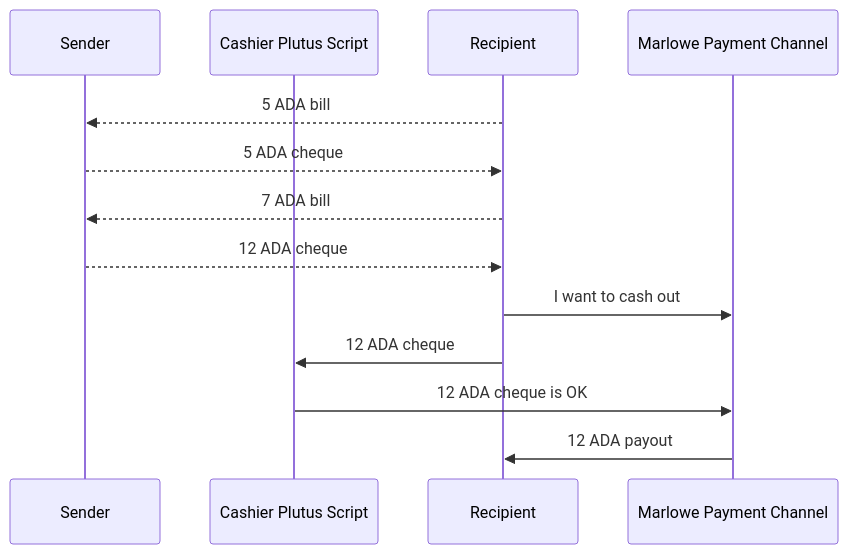
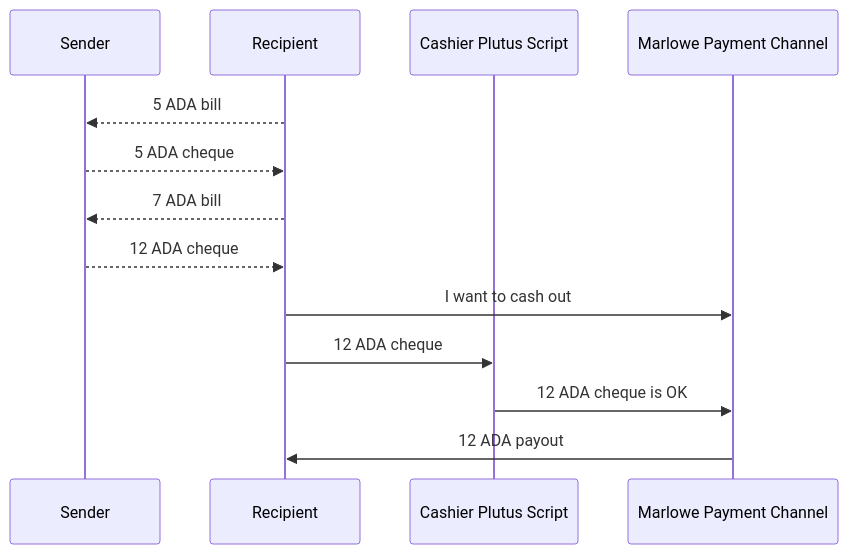
The first of 3 diagrams in MIP-0002/README.md (input-output-hk/MIPs), drawn with Mermaid before and after one commit. The commit also changed other lines of this file, not shown here.

````diff
--- a/MIP-0002/README.md
+++ b/MIP-0002/README.md
@@ -27,15 +27,15 @@
 ```mermaid
 sequenceDiagram
     participant Sender
+    participant Recipient
     participant Cashier Plutus Script
-    participant Recipient
     participant Marlowe Payment Channel
     Recipient-->>Sender: 5 ADA bill
     Sender-->>Recipient: 5 ADA cheque
     Recipient-->>Sender: 7 ADA bill
     Sender-->>Recipient: 12 ADA cheque
     Recipient->>Marlowe Payment Channel: I want to cash out
     Recipient->>Cashier Plutus Script:12 ADA cheque
     Cashier Plutus Script->>Marlowe Payment Channel:12 ADA cheque is OK
     Marlowe Payment Channel->>Recipient:12 ADA payout
 ```
````
